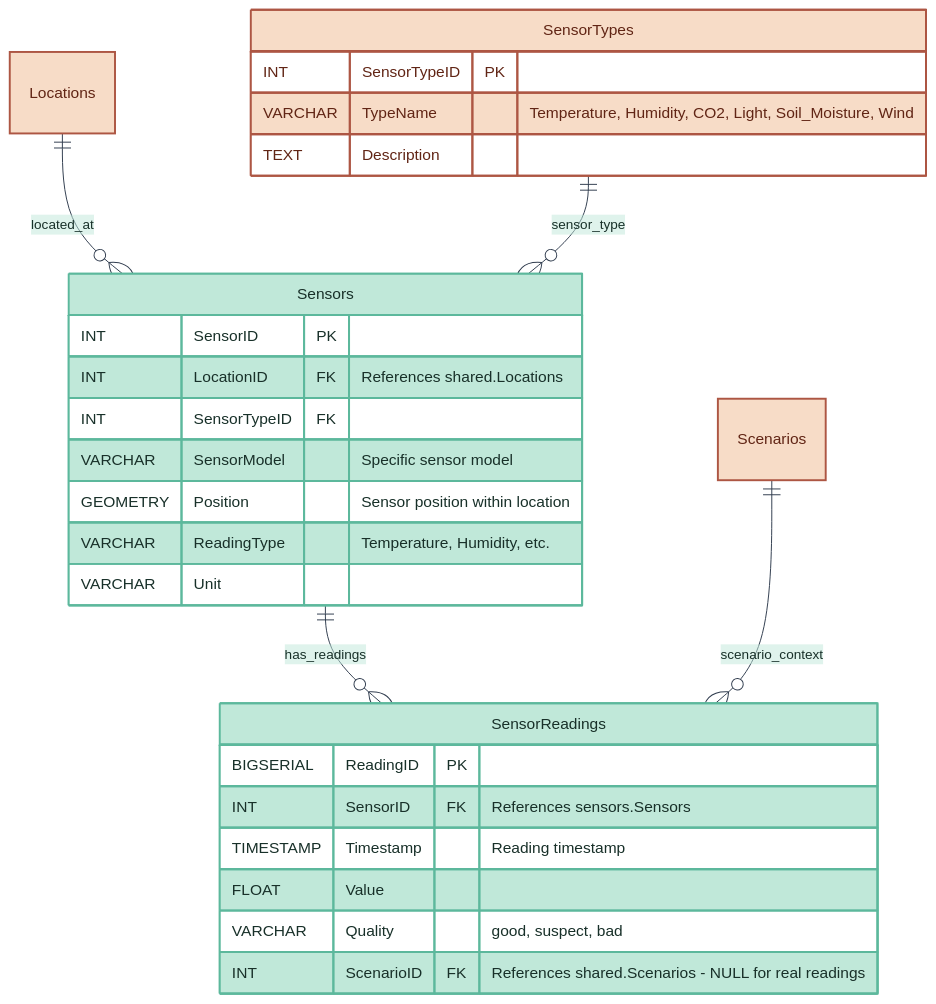
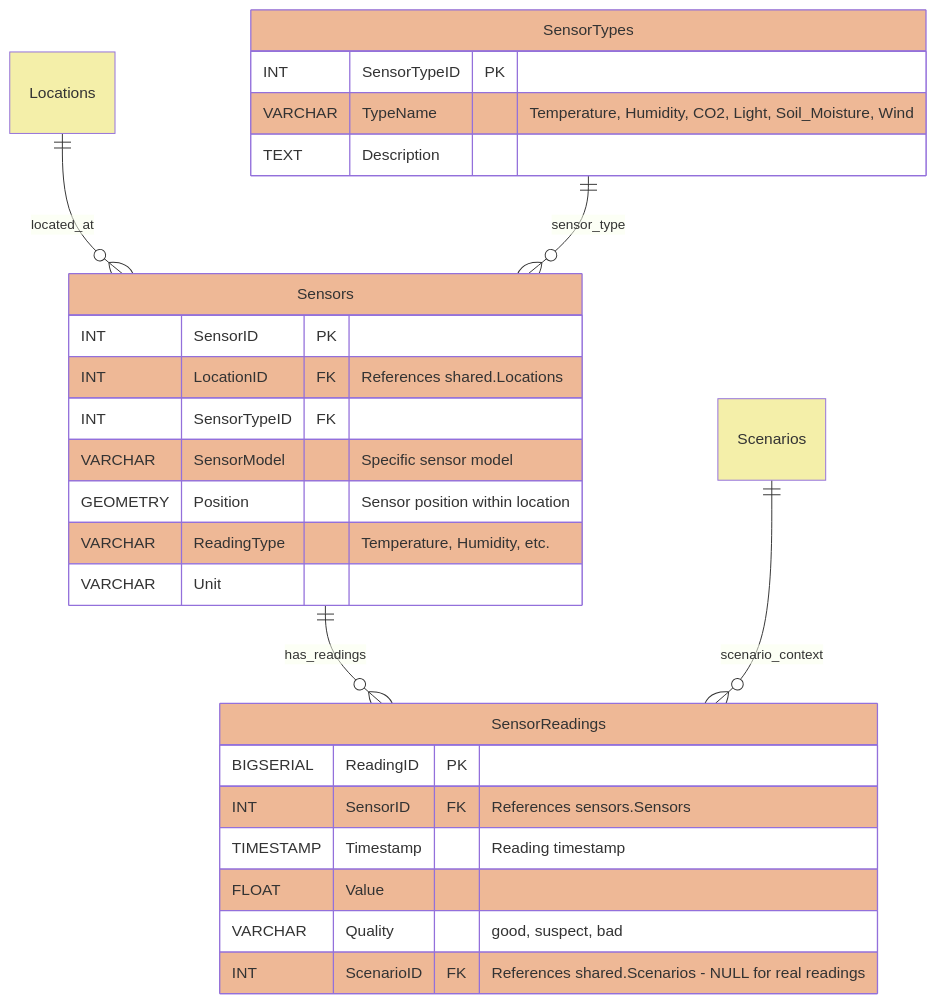
Before and after one commit to XRFutureForests/digital-twin-db: the seventh of 8 diagrams in docs/architecture/database.md, drawn with Mermaid. The commit also changed other lines of this file and 31 other files, not shown here.

````diff
--- a/docs/architecture/database.md
+++ b/docs/architecture/database.md
@@ -316,61 +256,40 @@
 ```mermaid
-%%{
-  init: {
-    'theme': 'base',
-    'themeVariables': {
-      'background': '#FFFFFF',
-      'fontFamily': 'verdana',
-      'lineColor': '#313d4f',
-      'primaryColor': '#8cdbc0',
-      'primaryTextColor': '#183029',
-      'primaryBorderColor': '#265e4d',
-      'secondaryColor': '#71a897',
-      'secondaryTextColor': '#183029',
-      'secondaryBorderColor': '#458875',
-      'tertiaryColor': '#c0e8d9',
-      'tertiaryTextColor': '#183029',
-      'tertiaryBorderColor': '#5cb89c'
-    }
-  }
-}%%
 erDiagram
     Locations
     Scenarios
 
     SensorTypes {
         INT SensorTypeID PK
         VARCHAR TypeName "Temperature, Humidity, CO2, Light, Soil_Moisture, Wind"
         TEXT Description
     }
 
     Sensors {
         INT SensorID PK
         INT LocationID FK "References shared.Locations"
         INT SensorTypeID FK
         VARCHAR SensorModel "Specific sensor model"
         GEOMETRY Position "Sensor position within location"
         VARCHAR ReadingType "Temperature, Humidity, etc."
         VARCHAR Unit
     }
 
     SensorReadings {
         BIGSERIAL ReadingID PK
         INT SensorID FK "References sensors.Sensors"
         TIMESTAMP Timestamp "Reading timestamp"
         FLOAT Value
         VARCHAR Quality "good, suspect, bad"
         INT ScenarioID FK "References shared.Scenarios - NULL for real readings"
     }
 
     Locations ||--o{ Sensors : located_at
     SensorTypes ||--o{ Sensors : sensor_type
     Sensors ||--o{ SensorReadings : has_readings
     Scenarios ||--o{ SensorReadings : scenario_context
 
-    %% Table coloring
-    classDef refTable fill:#f7dcc7,stroke:#ad5643,stroke-width:2px,color:#612515
-    classDef coreTable fill:#c0e8d9,stroke:#5cb89c,stroke-width:2px,color:#183029
-    
-    class Locations,Scenarios,SensorTypes refTable
-    class Sensors,SensorReadings coreTable
+    classDef shared fill:#F4EFA9
+    classDef monitoring fill:#eeb896
+    class Locations,Scenarios shared
+    class SensorTypes,Sensors,SensorReadings monitoring
 ```
````
